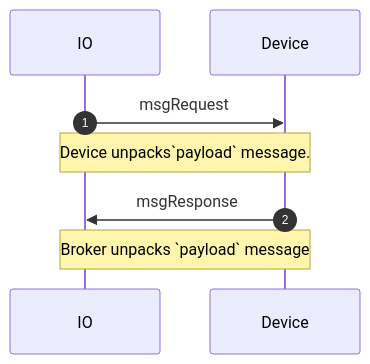
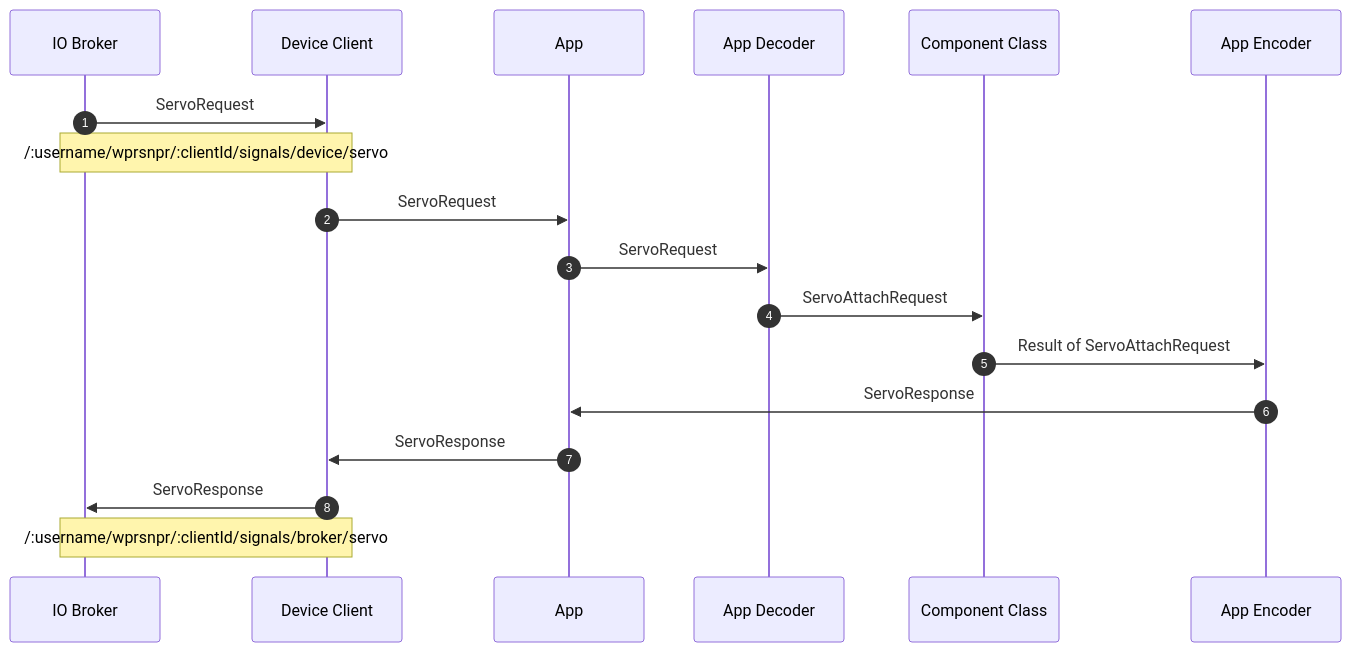
One commit to adafruit/Wippersnapper_Protobuf changed the diagram in proto/wippersnapper/signal/v1/signal.md. Above: the diagram before and after it, drawn with Mermaid.

````diff
--- a/proto/wippersnapper/signal/v1/signal.md
+++ b/proto/wippersnapper/signal/v1/signal.md
@@ -12,9 +12,15 @@
 ```mermaid
 sequenceDiagram
 autonumber
 
-IO->>Device: msgRequest
-Note over IO,Device: Device unpacks`payload` message.
-Device->>IO: msgResponse
-Note over Device,IO: Broker unpacks `payload` message
+IO Broker->>Device Client: ServoRequest
+Note over IO Broker,Device Client: /:username/wprsnpr/:clientId/signals/device/servo
+Device Client->>App: ServoRequest
+App->>App Decoder: ServoRequest
+App Decoder->>Component Class: ServoAttachRequest 
+Component Class->>App Encoder: Result of ServoAttachRequest
+App Encoder->>App: ServoResponse
+App->>Device Client: ServoResponse
+Device Client->>IO Broker: ServoResponse
+Note over Device Client,IO Broker: /:username/wprsnpr/:clientId/signals/broker/servo
 ```
````
